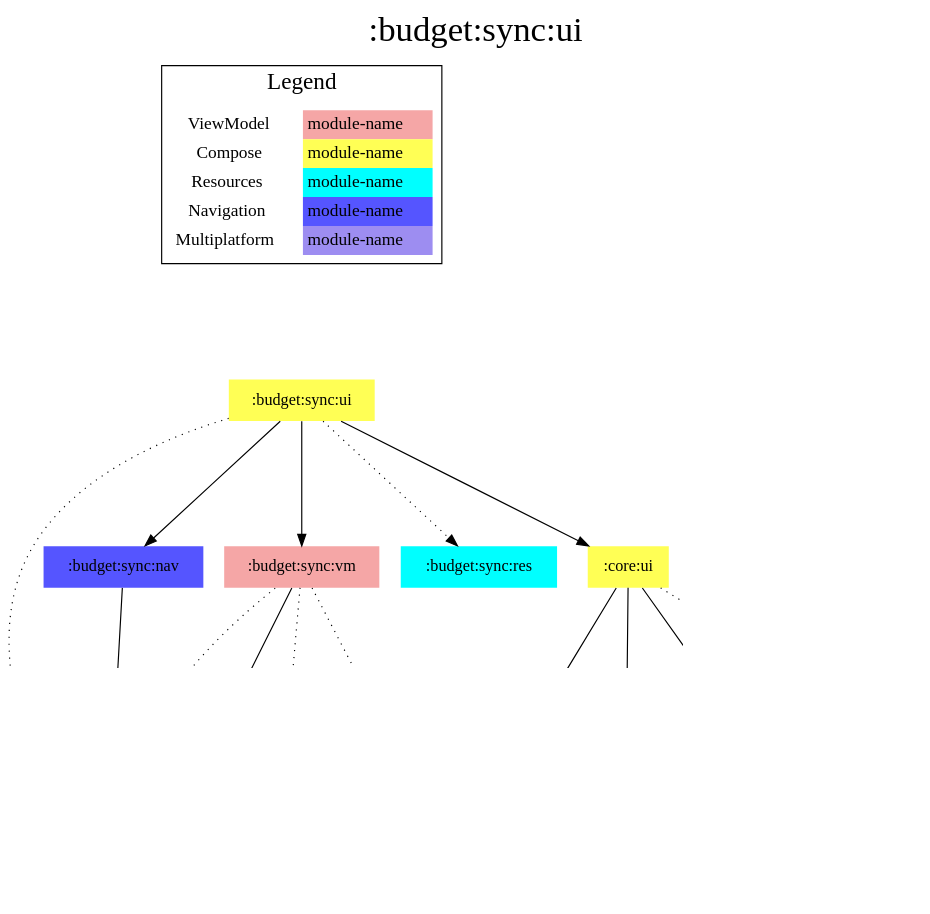
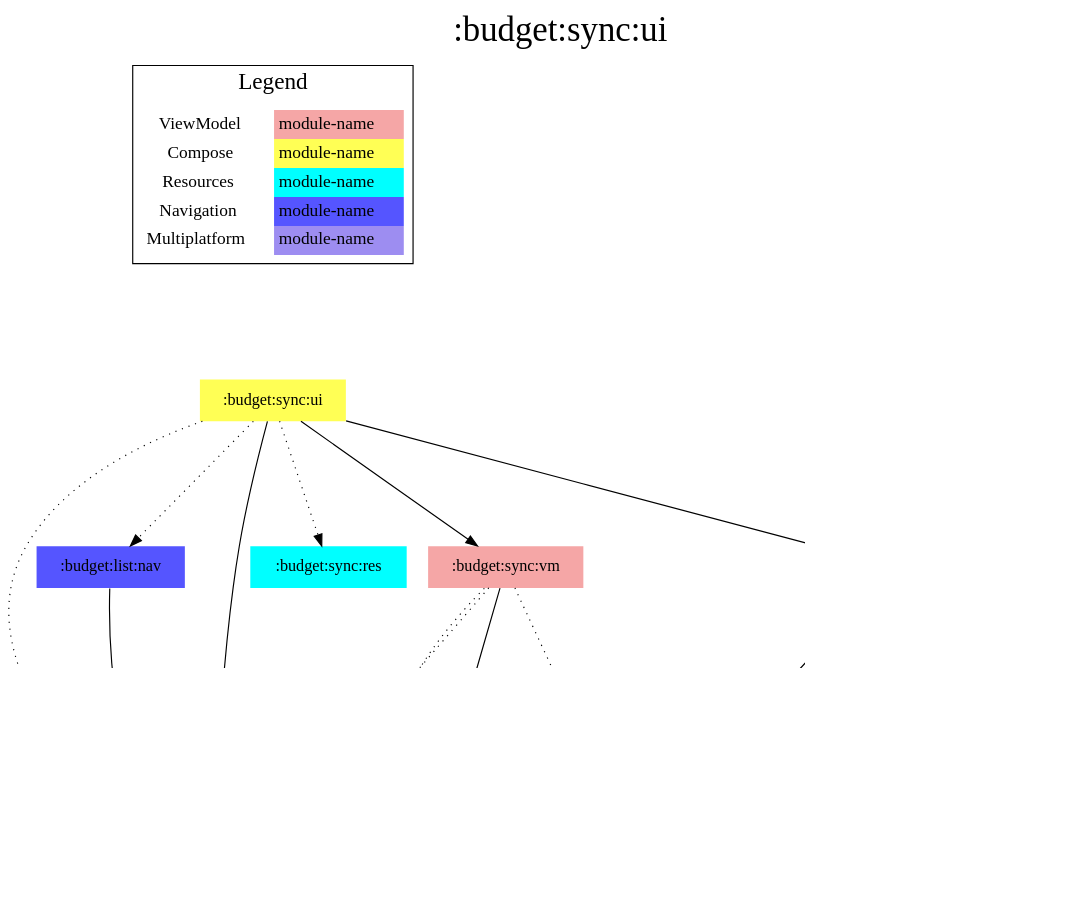
Before and after one commit to jonapoul/aktual: the diagram in modules/budget/sync/ui/project-dependency-graph.dot, drawn with Graphviz. The commit also changed 51 other files, not shown here.

```diff
--- a/modules/budget/sync/ui/project-dependency-graph.dot
+++ b/modules/budget/sync/ui/project-dependency-graph.dot
@@ -1,55 +1,59 @@
 digraph {
 edge ["dir"="forward"]
 graph ["dpi"="100","label"=":budget:sync:ui","labelloc"="t","fontsize"="30","ranksep"="1.5","rankdir"="TB"]
 node ["style"="filled"]
 ":account:model" ["fillcolor"="#9D8DF1","shape"="none"]
 ":api:actual" ["fillcolor"="#9D8DF1","shape"="none"]
+":budget:list:nav" ["fillcolor"="#5555FF","shape"="none"]
 ":budget:model" ["fillcolor"="#9D8DF1","shape"="none"]
 ":budget:sync:nav" ["fillcolor"="#5555FF","shape"="none"]
 ":budget:sync:res" ["fillcolor"="#00FFFF","shape"="none"]
 ":budget:sync:ui" ["fillcolor"="#FFFF55","shape"="none"]
 ":budget:sync:vm" ["fillcolor"="#F5A6A6","shape"="none"]
 ":codegen:annotation" ["fillcolor"="#9D8DF1","shape"="none"]
 ":core:colorscheme" ["fillcolor"="#9D8DF1","shape"="none"]
 ":core:files" ["fillcolor"="#9D8DF1","shape"="none"]
 ":core:res" ["fillcolor"="#00FFFF","shape"="none"]
 ":core:ui" ["fillcolor"="#FFFF55","shape"="none"]
 ":core:versions" ["fillcolor"="#9D8DF1","shape"="none"]
 ":url:model" ["fillcolor"="#9D8DF1","shape"="none"]
 {
 edge ["dir"="none"]
 graph ["rank"="same"]
 }
 ":api:actual" -> ":account:model"
 ":api:actual" -> ":budget:model"
 ":api:actual" -> ":codegen:annotation" ["style"="dotted"]
 ":api:actual" -> ":url:model"
+":budget:list:nav" -> ":account:model"
 ":budget:sync:nav" -> ":account:model"
+":budget:sync:nav" -> ":budget:model"
 ":budget:sync:ui" -> ":account:model" ["style"="dotted"]
+":budget:sync:ui" -> ":budget:list:nav" ["style"="dotted"]
 ":budget:sync:ui" -> ":budget:sync:nav"
 ":budget:sync:ui" -> ":budget:sync:res" ["style"="dotted"]
 ":budget:sync:ui" -> ":budget:sync:vm"
 ":budget:sync:ui" -> ":core:ui"
 ":budget:sync:vm" -> ":account:model" ["style"="dotted"]
 ":budget:sync:vm" -> ":api:actual" ["style"="dotted"]
 ":budget:sync:vm" -> ":budget:model" ["style"="dotted"]
 ":budget:sync:vm" -> ":core:files"
 ":core:files" -> ":budget:model"
 ":core:ui" -> ":core:colorscheme"
 ":core:ui" -> ":core:res" ["style"="dotted"]
 ":core:ui" -> ":core:versions"
 ":core:ui" -> ":url:model"
 subgraph "cluster_legend" {
 edge ["dir"="none"]
 graph ["label"="Legend","fontsize"="20"]
 "Legend" ["style"="filled","fillcolor"="#FFFFFF","shape"="none","margin"="0","fontsize"="15","label"=<
 <TABLE BORDER="0" CELLBORDER="0" CELLSPACING="0" CELLPADDING="4">
 <TR><TD>ViewModel</TD><TD BGCOLOR="#F5A6A6">module-name</TD></TR>
 <TR><TD>Compose</TD><TD BGCOLOR="#FFFF55">module-name</TD></TR>
 <TR><TD>Resources</TD><TD BGCOLOR="#00FFFF">module-name</TD></TR>
 <TR><TD>Navigation</TD><TD BGCOLOR="#5555FF">module-name</TD></TR>
 <TR><TD>Multiplatform</TD><TD BGCOLOR="#9D8DF1">module-name</TD></TR>
 </TABLE>
 >]
 } -> ":budget:sync:ui" ["style"="invis"]
 }
```
